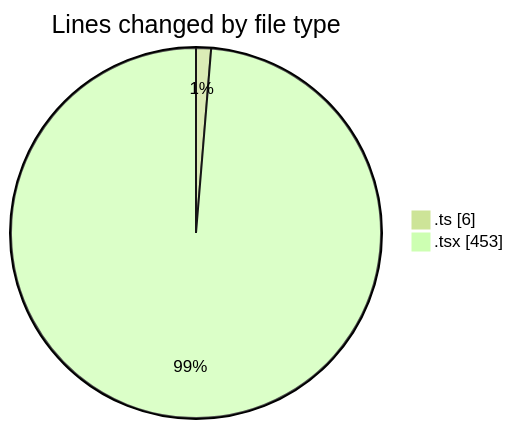
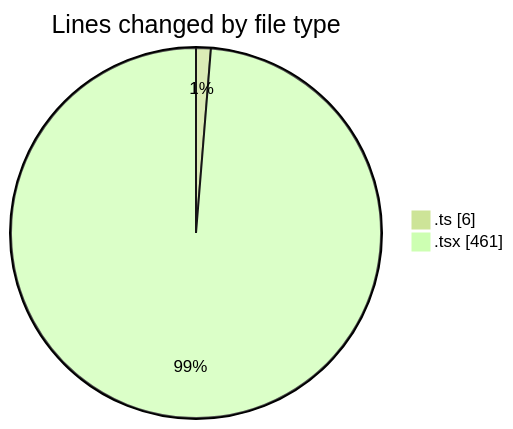
The first of 2 diagrams in 2025-07-01/cda/README.md (momahboobian/code-tracking), drawn with Mermaid (forest theme) before and after one commit. The commit also changed other lines of this file and 1 other file, not shown here.

````diff
--- a/2025-07-01/cda/README.md
+++ b/2025-07-01/cda/README.md
@@ -22,6 +22,6 @@
 ```mermaid
 pie showData
 title Lines changed by file type
 ".ts" : 6
-".tsx" : 453
+".tsx" : 461
 ```
````
